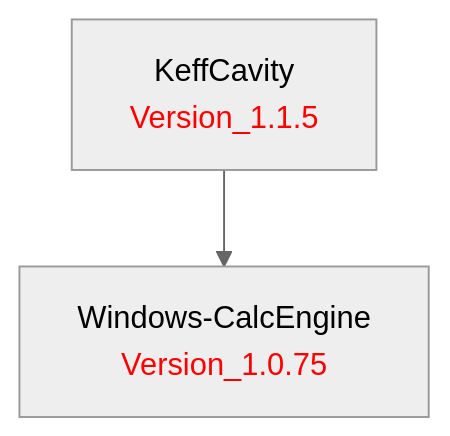
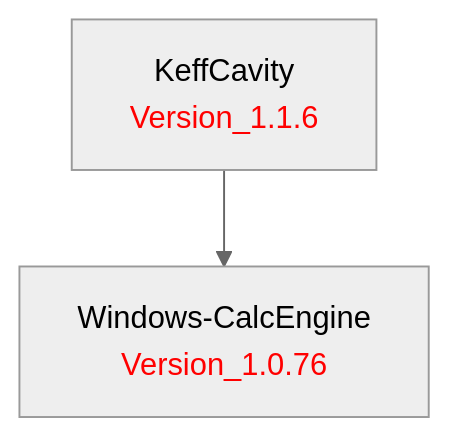
One commit to LBNL-ETA/KeffCavity changed the diagram in doc/KeffCavity.md. Above: the diagram before and after it, drawn with Mermaid (neutral theme). The commit also changed 1 other file, not shown here.

Commit message:
Bump to Version_1.1.6; Windows-CalcEngine Version_1.0.76; refresh dep chart

````diff
--- a/doc/KeffCavity.md
+++ b/doc/KeffCavity.md
@@ -1,9 +1,9 @@
 ```mermaid
 graph TD
     %% Package definitions
-    KeffCavity[KeffCavity<br/><font color='red'>Version_1.1.5</font>]
-    WindowsCalcEngine[Windows-CalcEngine<br/><font color='red'>Version_1.0.75</font>]
+    KeffCavity[KeffCavity<br/><font color='red'>Version_1.1.6</font>]
+    WindowsCalcEngine[Windows-CalcEngine<br/><font color='red'>Version_1.0.76</font>]
 
     %% Package relations
     KeffCavity --> WindowsCalcEngine
 ```
````
